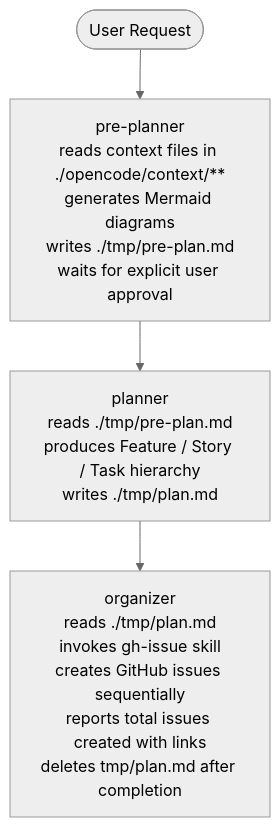
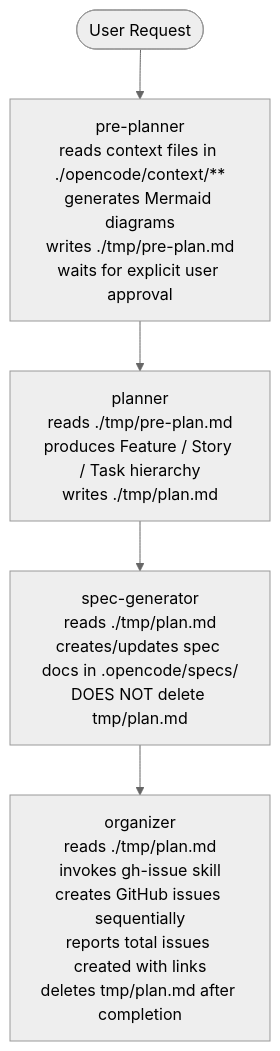
One commit to iapicca/opencode_assets changed the second of 3 diagrams in .agents/project-summary.md. Above: the diagram before and after it, drawn with Mermaid (neutral theme). The commit also changed 6 other files, not shown here.

````diff
--- a/.agents/project-summary.md
+++ b/.agents/project-summary.md
@@ -106,9 +106,10 @@
 ```mermaid
 flowchart TD
     U([User Request])
     PP["pre-planner\nreads context files in ./opencode/context/**\ngenerates Mermaid diagrams\nwrites ./tmp/pre-plan.md\nwaits for explicit user approval"]
     PL["planner\nreads ./tmp/pre-plan.md\nproduces Feature / Story / Task hierarchy\nwrites ./tmp/plan.md"]
+    SG["spec-generator\nreads ./tmp/plan.md\ncreates/updates spec docs in .opencode/specs/\nDOES NOT delete tmp/plan.md"]
     OR["organizer\nreads ./tmp/plan.md\ninvokes gh-issue skill\ncreates GitHub issues sequentially\nreports total issues created with links\ndeletes tmp/plan.md after completion"]
 
-    U --> PP --> PL --> OR
+    U --> PP --> PL --> SG --> OR
 ```
````
